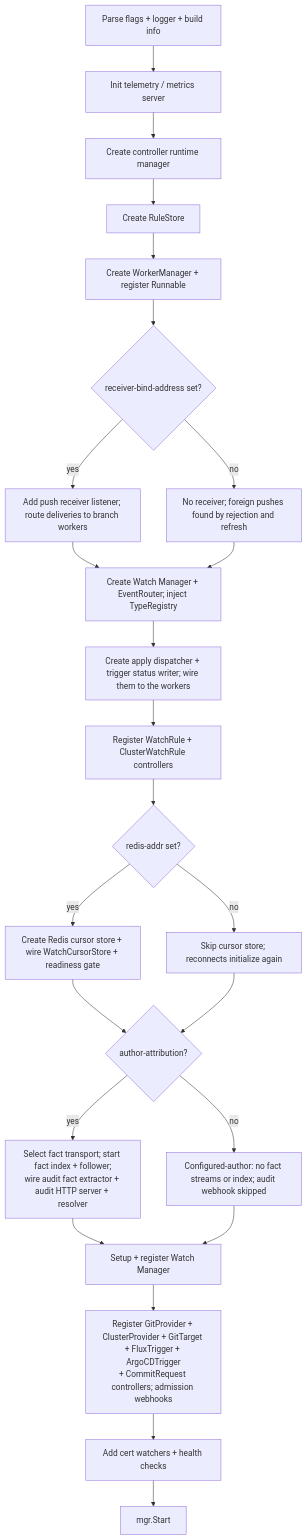
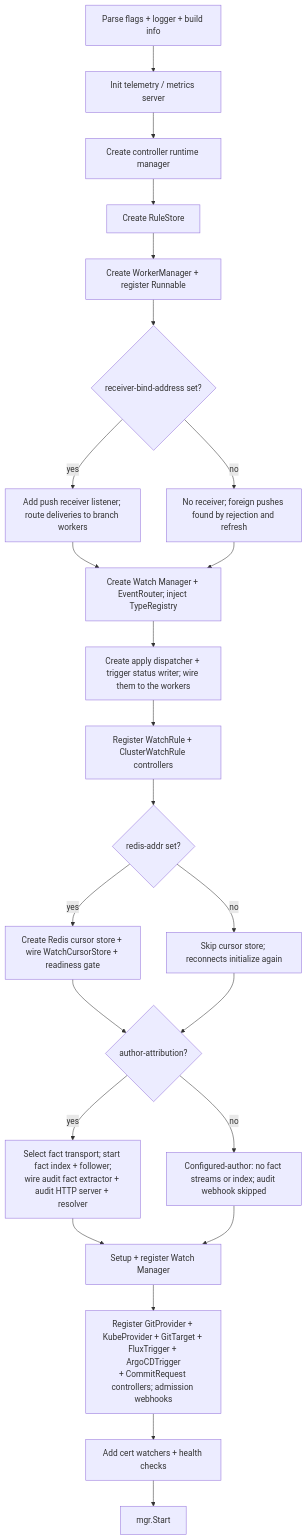
The sixth of 6 diagrams in docs/architecture.md (ConfigButler/gitops-reverser), drawn with Mermaid before and after one commit. The commit also changed other lines of this file and 225 other files, not shown here.

First line of the commit message:
feat!: replace ClusterProvider with a namespaced KubeProvider (#430)

````diff
--- a/docs/architecture.md
+++ b/docs/architecture.md
@@ -1708,26 +1741,26 @@
 ```mermaid
 flowchart TD
     A[Parse flags + logger + build info] --> B[Init telemetry / metrics server]
     B --> C[Create controller runtime manager]
     C --> D[Create RuleStore]
     D --> E[Create WorkerManager + register Runnable]
     E --> R{receiver-bind-address set?}
     R -->|yes| Ri[Add push receiver listener; route deliveries to branch workers]
     R -->|no| Rj[No receiver; foreign pushes found by rejection and refresh]
     Ri --> F
     Rj --> F
     F[Create Watch Manager + EventRouter; inject TypeRegistry] --> P[Create apply dispatcher + trigger status writer; wire them to the workers]
     P --> G[Register WatchRule + ClusterWatchRule controllers]
     G --> H{redis-addr set?}
     H -->|yes| Hi[Create Redis cursor store + wire WatchCursorStore + readiness gate]
     H -->|no| Hj[Skip cursor store; reconnects initialize again]
     Hi --> Hq{author-attribution?}
     Hj --> Hq
     Hq -->|yes| I[Select fact transport; start fact index + follower;<br/>wire audit fact extractor + audit HTTP server + resolver]
     Hq -->|no| J[Configured-author: no fact streams or index; audit webhook skipped]
     I --> K[Setup + register Watch Manager]
     J --> K
-    K --> L[Register GitProvider + ClusterProvider + GitTarget + FluxTrigger + ArgoCDTrigger<br/>+ CommitRequest controllers; admission webhooks]
+    K --> L[Register GitProvider + KubeProvider + GitTarget + FluxTrigger + ArgoCDTrigger<br/>+ CommitRequest controllers; admission webhooks]
     L --> M[Add cert watchers + health checks]
     M --> N[mgr.Start]
 ```
````
